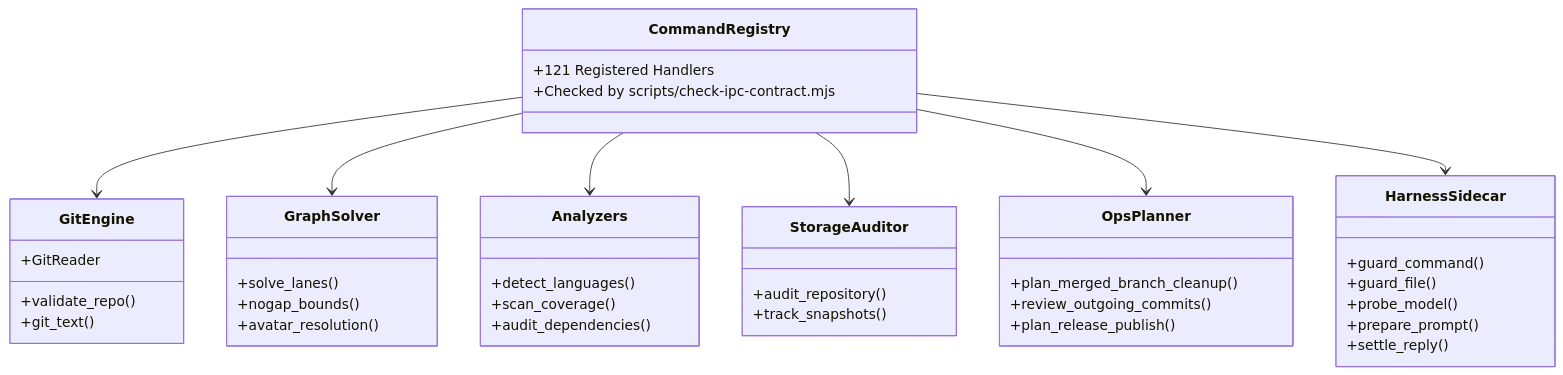
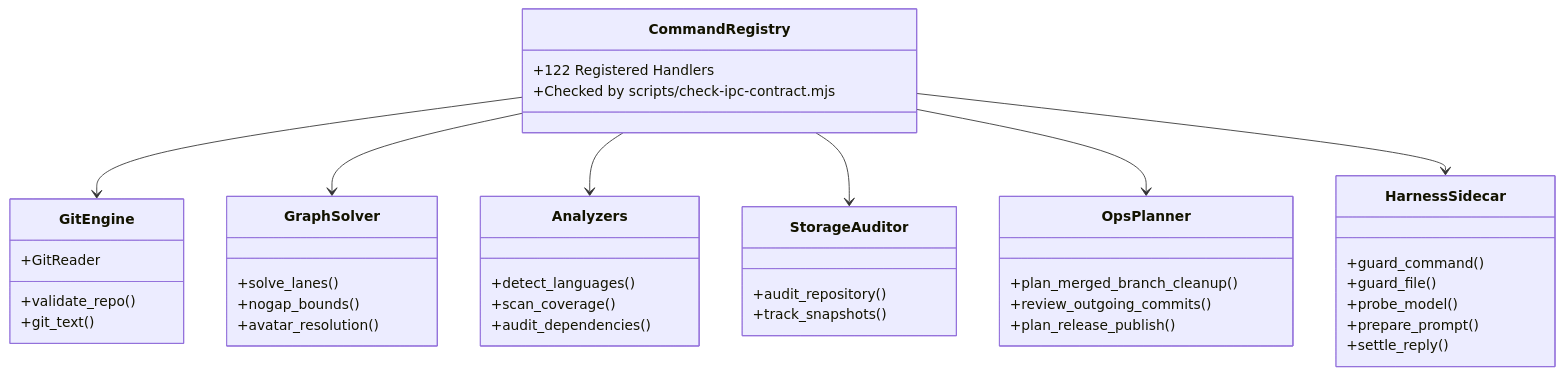
Before and after one commit to bharathvbcr/GitPulse: the third of 4 diagrams in docs/ARCHITECTURE.md, drawn with Mermaid. The commit also changed other lines of this file and 11 other files, not shown here.

````diff
--- a/docs/ARCHITECTURE.md
+++ b/docs/ARCHITECTURE.md
@@ -96,45 +96,45 @@
 ```mermaid
 classDiagram
     class CommandRegistry {
-        +121 Registered Handlers
+        +122 Registered Handlers
         +Checked by scripts/check-ipc-contract.mjs
     }
     class GitEngine {
         +validate_repo()
         +git_text()
         +GitReader
     }
     class GraphSolver {
         +solve_lanes()
         +nogap_bounds()
         +avatar_resolution()
     }
     class Analyzers {
         +detect_languages()
         +scan_coverage()
         +audit_dependencies()
     }
     class StorageAuditor {
         +audit_repository()
         +track_snapshots()
     }
     class OpsPlanner {
         +plan_merged_branch_cleanup()
         +review_outgoing_commits()
         +plan_release_publish()
     }
     class HarnessSidecar {
         +guard_command()
         +guard_file()
         +probe_model()
         +prepare_prompt()
         +settle_reply()
     }
 
     CommandRegistry --> GitEngine
     CommandRegistry --> GraphSolver
     CommandRegistry --> Analyzers
     CommandRegistry --> StorageAuditor
     CommandRegistry --> OpsPlanner
     CommandRegistry --> HarnessSidecar
 ```
````
